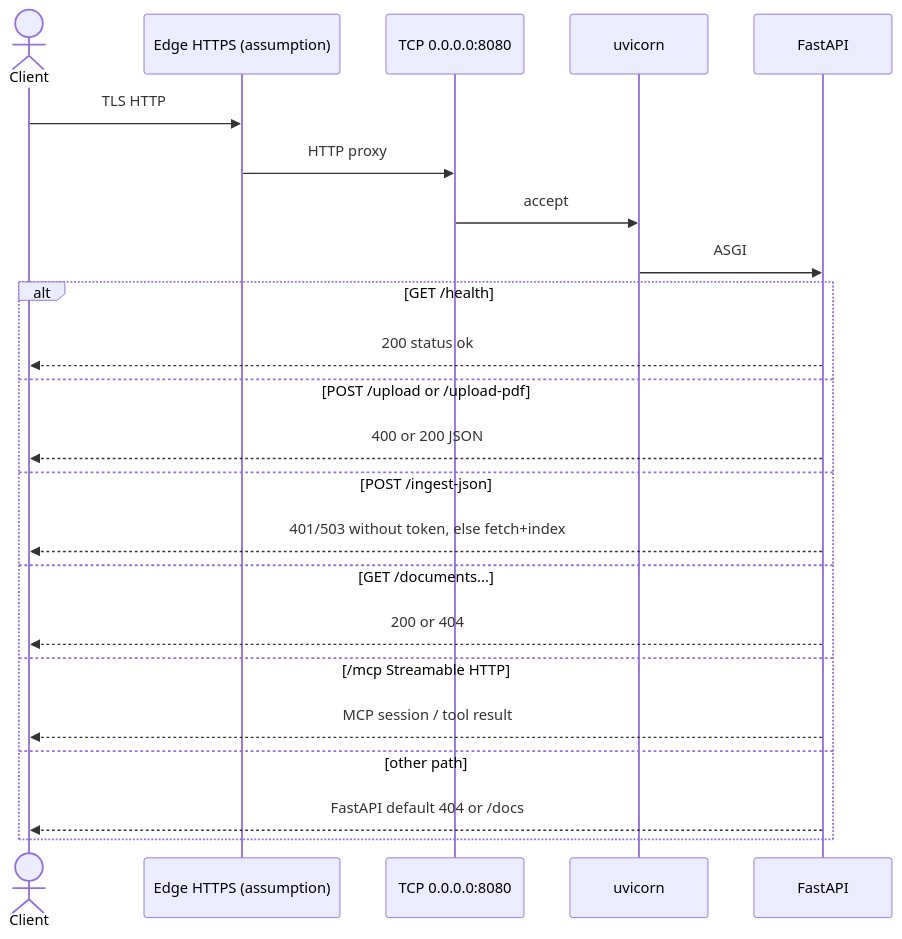
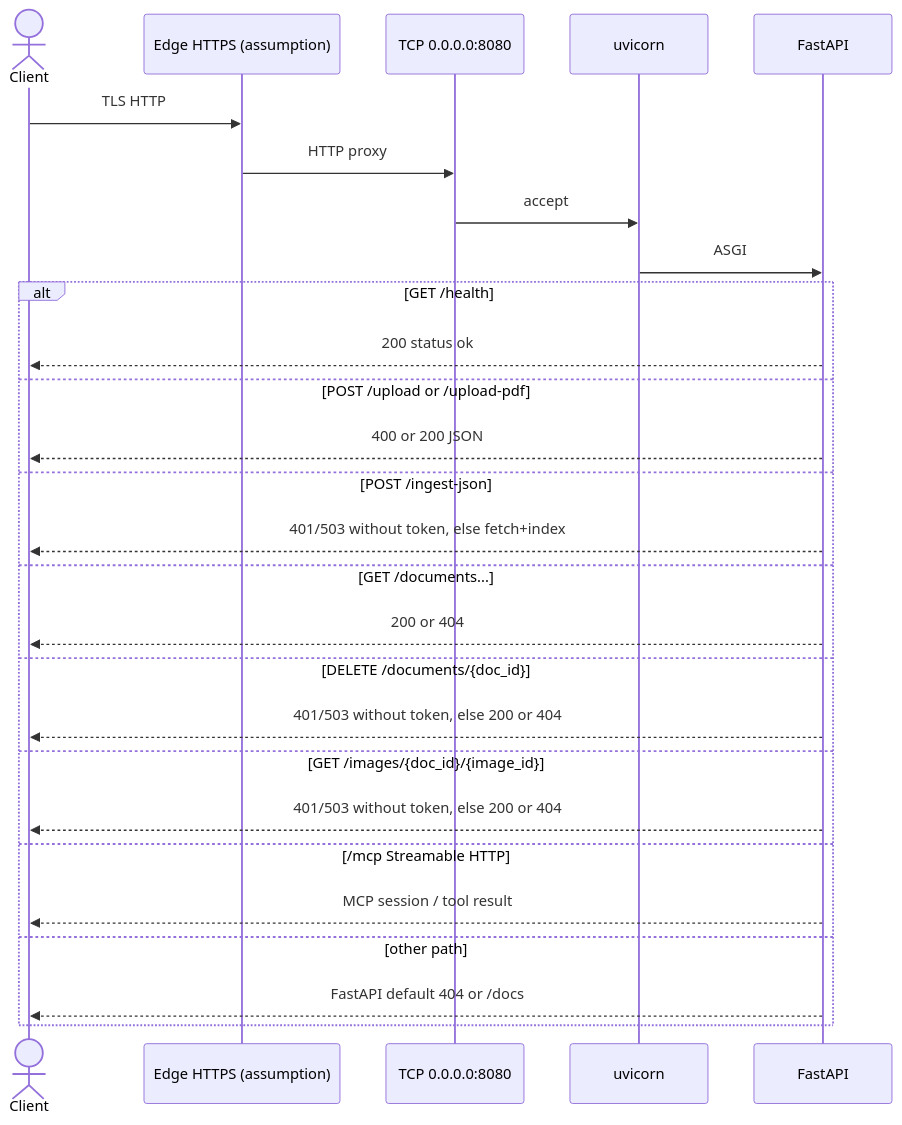
The second of 3 diagrams in docs/CONNECTIVITY.md (mkrejp/fastmcp-rag-timer), drawn with Mermaid before and after one commit. The commit also changed other lines of this file and 9 other files, not shown here.

First line of the commit message:
Add authenticated DELETE /documents/{doc_id} for RAG cleanup. (#21)

````diff
--- a/docs/CONNECTIVITY.md
+++ b/docs/CONNECTIVITY.md
@@ -75,26 +75,30 @@
 ```mermaid
 sequenceDiagram
   actor Client
   participant Edge as Edge HTTPS (assumption)
   participant Port as TCP 0.0.0.0:8080
   participant UV as uvicorn
   participant API as FastAPI
 
   Client->>Edge: TLS HTTP
   Edge->>Port: HTTP proxy
   Port->>UV: accept
   UV->>API: ASGI
   alt GET /health
     API-->>Client: 200 status ok
   else POST /upload or /upload-pdf
     API-->>Client: 400 or 200 JSON
   else POST /ingest-json
     API-->>Client: 401/503 without token, else fetch+index
   else GET /documents...
     API-->>Client: 200 or 404
+  else DELETE /documents/{doc_id}
+    API-->>Client: 401/503 without token, else 200 or 404
+  else GET /images/{doc_id}/{image_id}
+    API-->>Client: 401/503 without token, else 200 or 404
   else /mcp Streamable HTTP
     API-->>Client: MCP session / tool result
   else other path
     API-->>Client: FastAPI default 404 or /docs
   end
 ```
````
